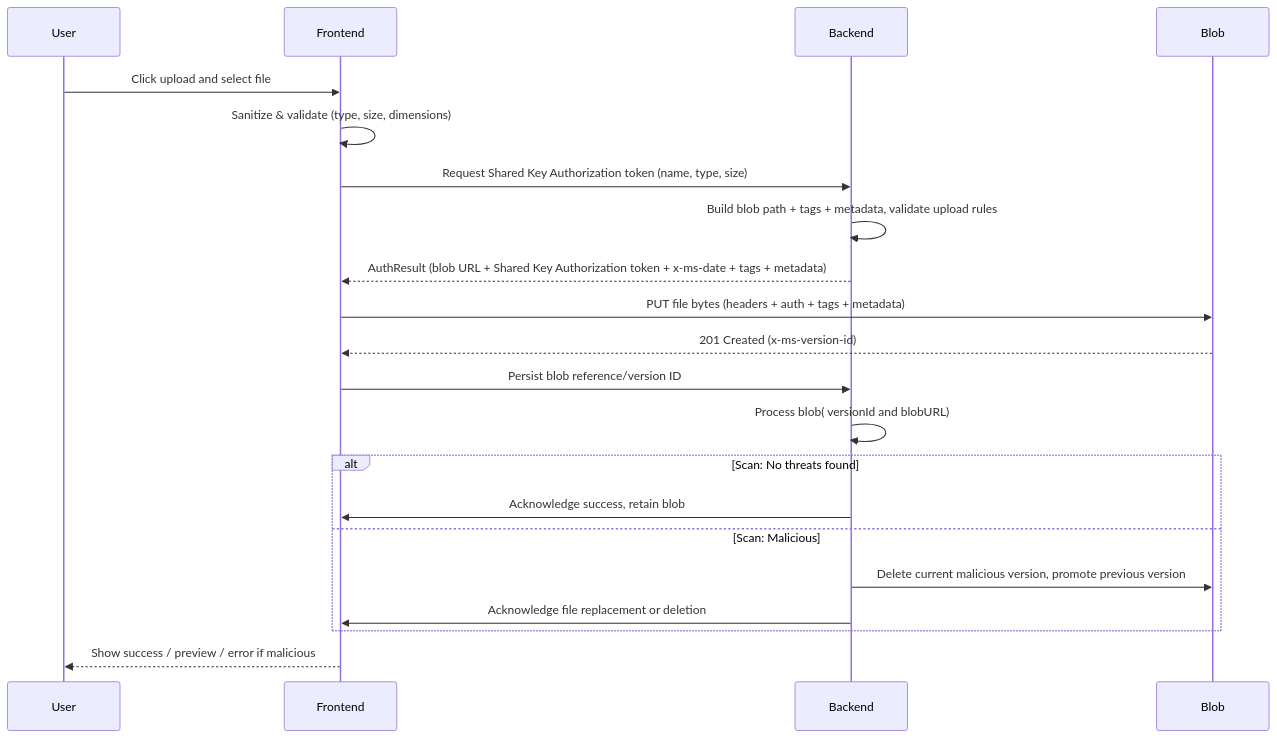
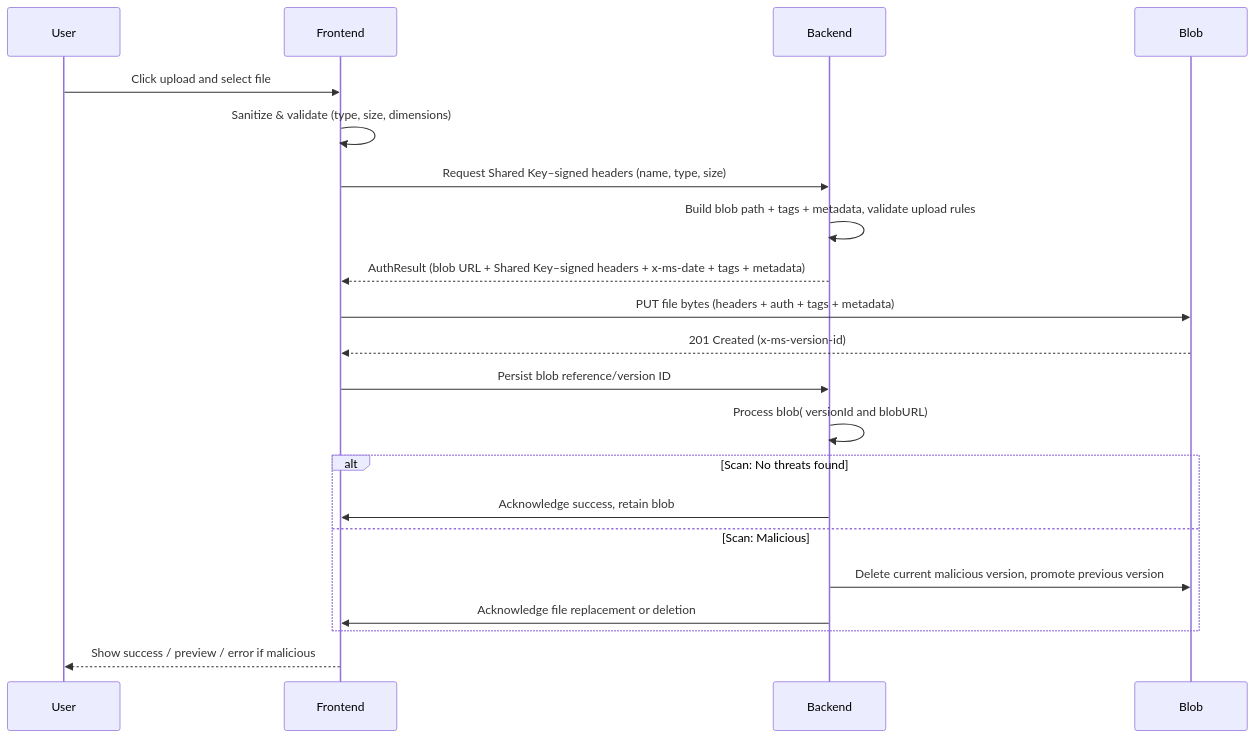
Before and after one commit to simnova/sharethrift: the diagram in apps/docs/docs/decisions/0022-existing-azure-upload.md, drawn with Mermaid. The commit also changed other lines of this file and 1 other file, not shown here.

````diff
--- a/apps/docs/docs/decisions/0022-existing-azure-upload.md
+++ b/apps/docs/docs/decisions/0022-existing-azure-upload.md
@@ -84,24 +103,24 @@
 ```mermaid
 sequenceDiagram
 participant User
 participant Frontend
 participant Backend
 participant Blob
 
 User->>Frontend: Click upload and select file
 Frontend->>Frontend: Sanitize & validate (type, size, dimensions)
-Frontend->>Backend: Request Shared Key Authorization token (name, type, size)
+Frontend->>Backend: Request Shared Key–signed headers (name, type, size)
 Backend->>Backend: Build blob path + tags + metadata, validate upload rules
-Backend-->>Frontend: AuthResult (blob URL + Shared Key Authorization token + x-ms-date + tags + metadata)
+Backend-->>Frontend: AuthResult (blob URL + Shared Key–signed headers + x-ms-date + tags + metadata)
 Frontend->>Blob: PUT file bytes (headers + auth + tags + metadata)
 Blob-->>Frontend: 201 Created (x-ms-version-id)
 Frontend->>Backend: Persist blob reference/version ID
 Backend->>Backend: Process blob( versionId and blobURL)
 alt Scan: No threats found
     Backend->>Frontend: Acknowledge success, retain blob
 else Scan: Malicious
     Backend->>Blob: Delete current malicious version, promote previous version
     Backend->>Frontend: Acknowledge file replacement or deletion
 end
 Frontend-->>User: Show success / preview / error if malicious
 ```
````
